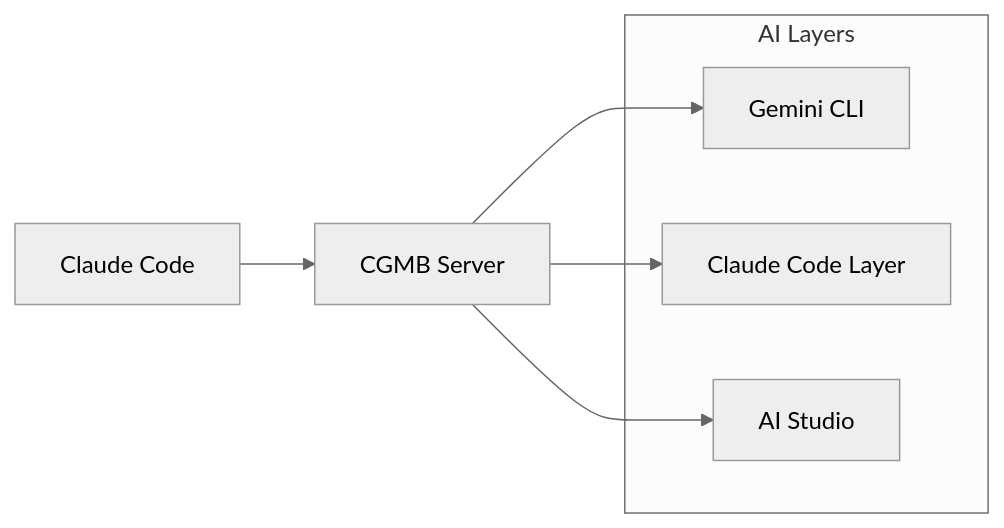
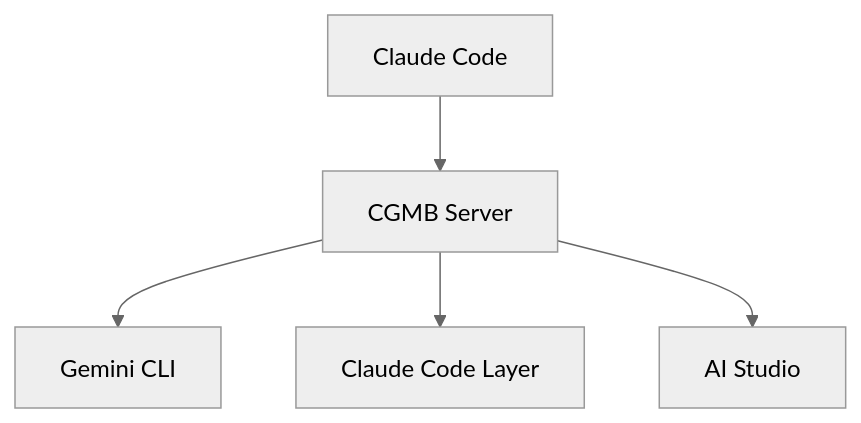
The diagram in README.md (goodaymmm/claude-gemini-multimodal-bridge), drawn with Mermaid (neutral theme) before and after one commit.

Commit message:
✨ feat: Ultra-clean vertical architecture diagram
- Remove AI Layers subgraph grouping for cleaner appearance
- Switch to vertical (TD) layout for better readability
- Simple flow: Claude Code → CGMB Server → [3 AI layers]
- Minimal, focused design without visual clutter

🤖 Generated with [Claude Code](https://claude.ai/code)

````diff
--- a/README.md
+++ b/README.md
@@ -36,14 +36,8 @@
 ```mermaid
-flowchart LR
+flowchart TD
     A[Claude Code] --> B[CGMB Server]
     
     B --> C[Gemini CLI]
     B --> D[Claude Code Layer]
     B --> E[AI Studio]
-    
-    subgraph layers [" AI Layers "]
-        C
-        D  
-        E
-    end
 ```
````
